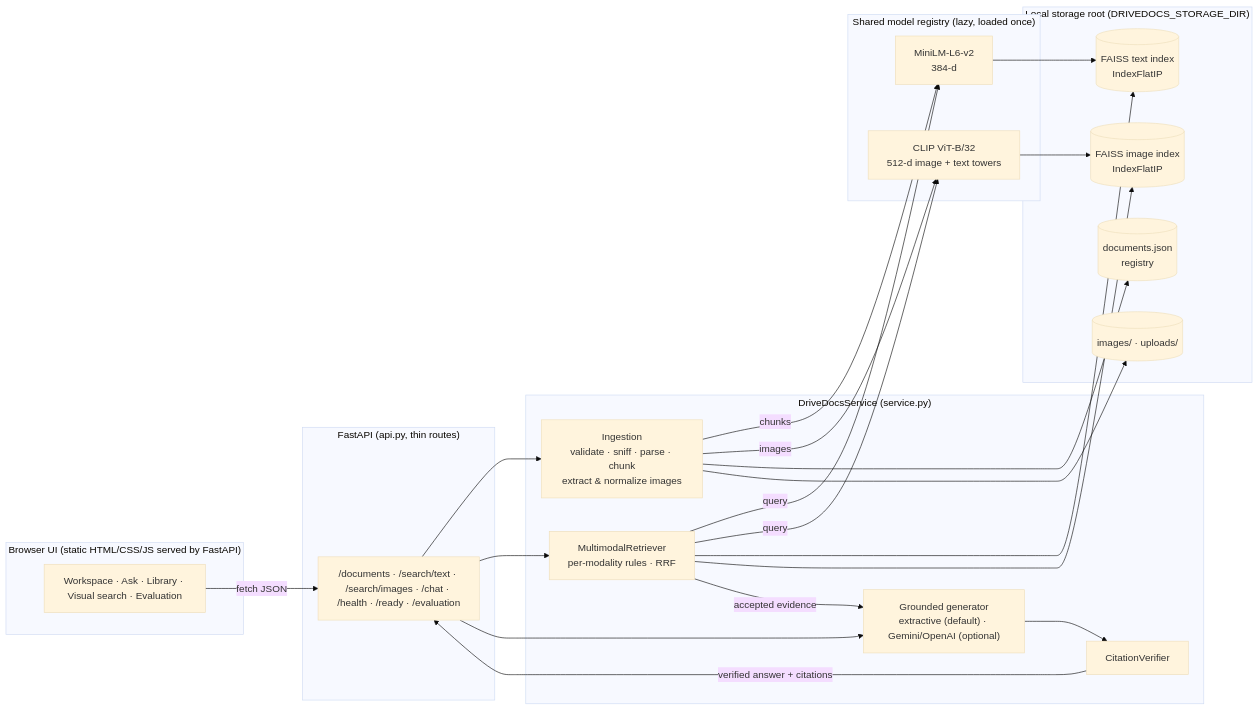
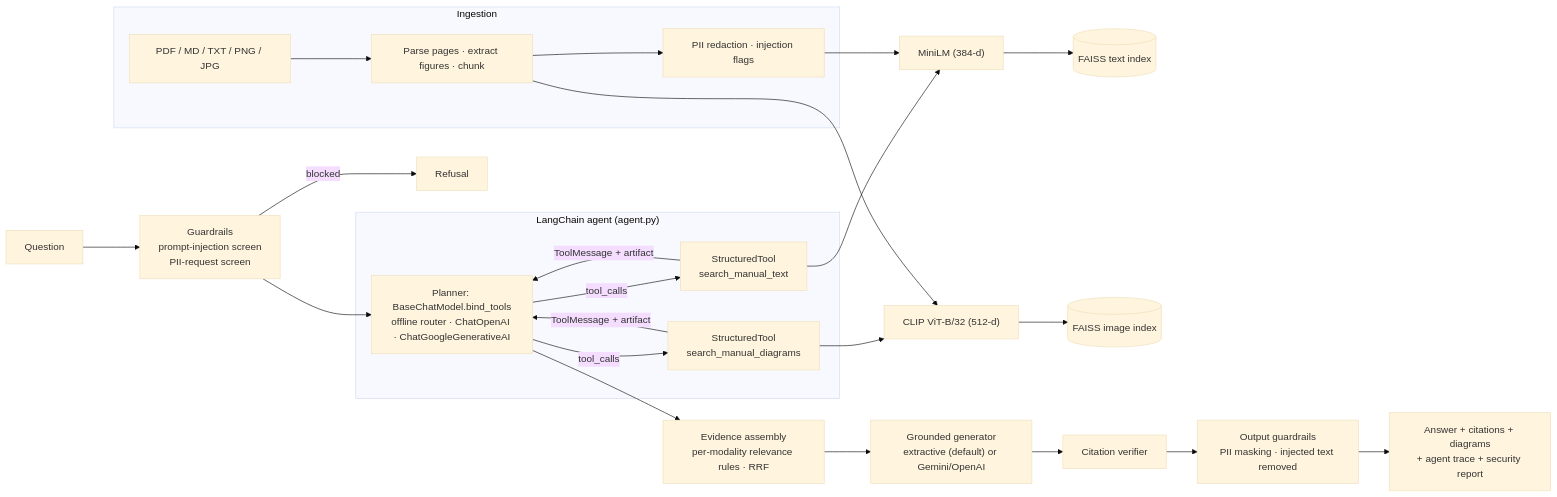
Before and after one commit to Charanloyal/drivedocs: the diagram in README.md, drawn with Mermaid (base theme). The commit also changed other lines of this file and 62 other files, not shown here.

First line of the commit message:
Add LangChain agent, vehicle-manual corpus, guardrails and security evaluation

````diff
--- a/README.md
+++ b/README.md
@@ -99,39 +62,27 @@
 ```mermaid
 flowchart LR
-    subgraph Client["Browser UI (static HTML/CSS/JS served by FastAPI)"]
-        UI["Workspace · Ask · Library · Visual search · Evaluation"]
+    Q["Question"] --> G1["Guardrails<br/>prompt-injection screen<br/>PII-request screen"]
+    G1 -->|blocked| R0["Refusal"]
+    G1 --> P
+
+    subgraph Agent["LangChain agent (agent.py)"]
+        P["Planner: BaseChatModel.bind_tools<br/>offline router · ChatOpenAI · ChatGoogleGenerativeAI"]
+        T1["StructuredTool<br/>search_manual_text"]
+        T2["StructuredTool<br/>search_manual_diagrams"]
+        P -->|tool_calls| T1 & T2
+        T1 & T2 -->|ToolMessage + artifact| P
     end
 
-    subgraph API["FastAPI (api.py, thin routes)"]
-        R["/documents · /search/text · /search/images · /chat · /health · /ready · /evaluation"]
+    T1 --> MINI["MiniLM (384-d)"] --> TIDX[("FAISS text index")]
+    T2 --> CLIP["CLIP ViT-B/32 (512-d)"] --> IIDX[("FAISS image index")]
+    P --> ASM["Evidence assembly<br/>per-modality relevance rules · RRF"]
+    ASM --> GEN["Grounded generator<br/>extractive (default) or Gemini/OpenAI"]
+    GEN --> VER["Citation verifier"] --> G2["Output guardrails<br/>PII masking · injected text removed"] --> A["Answer + citations + diagrams<br/>+ agent trace + security report"]
+
+    subgraph Ingest["Ingestion"]
+        DOC["PDF / MD / TXT / PNG / JPG"] --> PARSE["Parse pages · extract figures · chunk"]
+        PARSE --> RED["PII redaction · injection flags"]
     end
-
-    subgraph Service["DriveDocsService (service.py)"]
-        ING["Ingestion<br/>validate · sniff · parse · chunk<br/>extract & normalize images"]
-        RET["MultimodalRetriever<br/>per-modality rules · RRF"]
-        GEN["Grounded generator<br/>extractive (default) · Gemini/OpenAI (optional)"]
-        VER["CitationVerifier"]
-    end
-
-    subgraph Models["Shared model registry (lazy, loaded once)"]
-        MINI["MiniLM-L6-v2<br/>384-d"]
-        CLIP["CLIP ViT-B/32<br/>512-d image + text towers"]
-    end
-
-    subgraph Storage["Local storage root (DRIVEDOCS_STORAGE_DIR)"]
-        TIDX[("FAISS text index<br/>IndexFlatIP")]
-        IIDX[("FAISS image index<br/>IndexFlatIP")]
-        REG[("documents.json<br/>registry")]
-        FILES[("images/ · uploads/")]
-    end
-
-    UI -->|fetch JSON| R
-    R --> ING & RET & GEN
-    ING -->|chunks| MINI --> TIDX
-    ING -->|images| CLIP --> IIDX
-    ING --> REG & FILES
-    RET -->|query| MINI
-    RET -->|query| CLIP
-    RET --> TIDX & IIDX
-    RET -->|accepted evidence| GEN --> VER -->|verified answer + citations| R
+    RED --> MINI
+    PARSE --> CLIP
 ```
````
